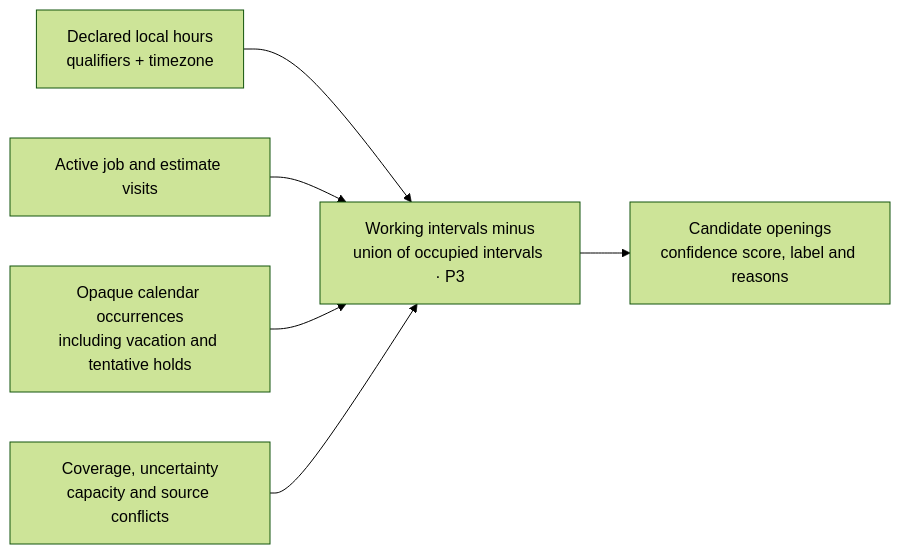
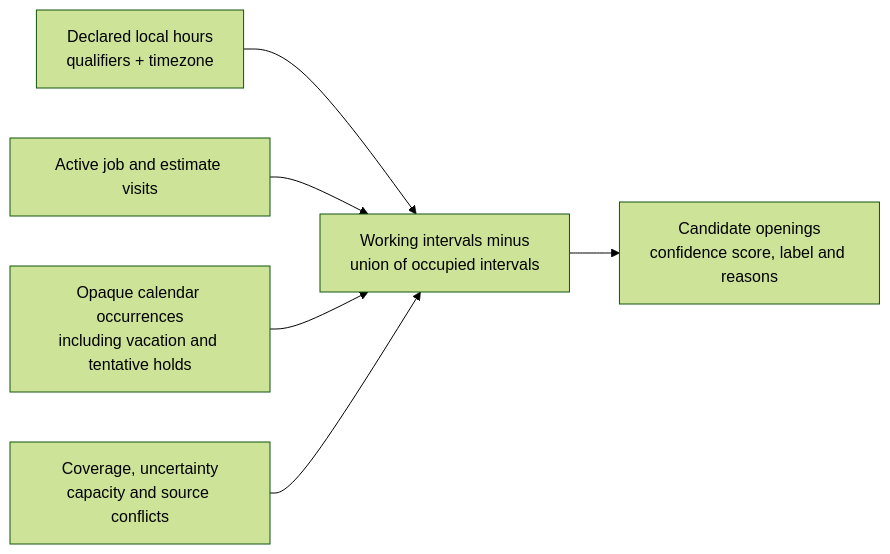
One commit to hyetigran/ha_data_pipeline changed the third of 3 diagrams in ARCHITECTURE.md. Above: the diagram before and after it, drawn with Mermaid (forest theme). The commit also changed other lines of this file and 22 other files, not shown here.

````diff
--- a/ARCHITECTURE.md
+++ b/ARCHITECTURE.md
@@ -62,8 +62,8 @@
 ```mermaid
 flowchart LR
-    Hours["Declared local hours<br/>qualifiers + timezone"] --> Calc["Working intervals minus<br/>union of occupied intervals · P3"]
+    Hours["Declared local hours<br/>qualifiers + timezone"] --> Calc["Working intervals minus<br/>union of occupied intervals"]
     Visits["Active job and estimate visits"] --> Calc
     Blocks["Opaque calendar occurrences<br/>including vacation and tentative holds"] --> Calc
     Evidence["Coverage, uncertainty<br/>capacity and source conflicts"] --> Calc
     Calc --> Openings["Candidate openings<br/>confidence score, label and reasons"]
 ```
````
